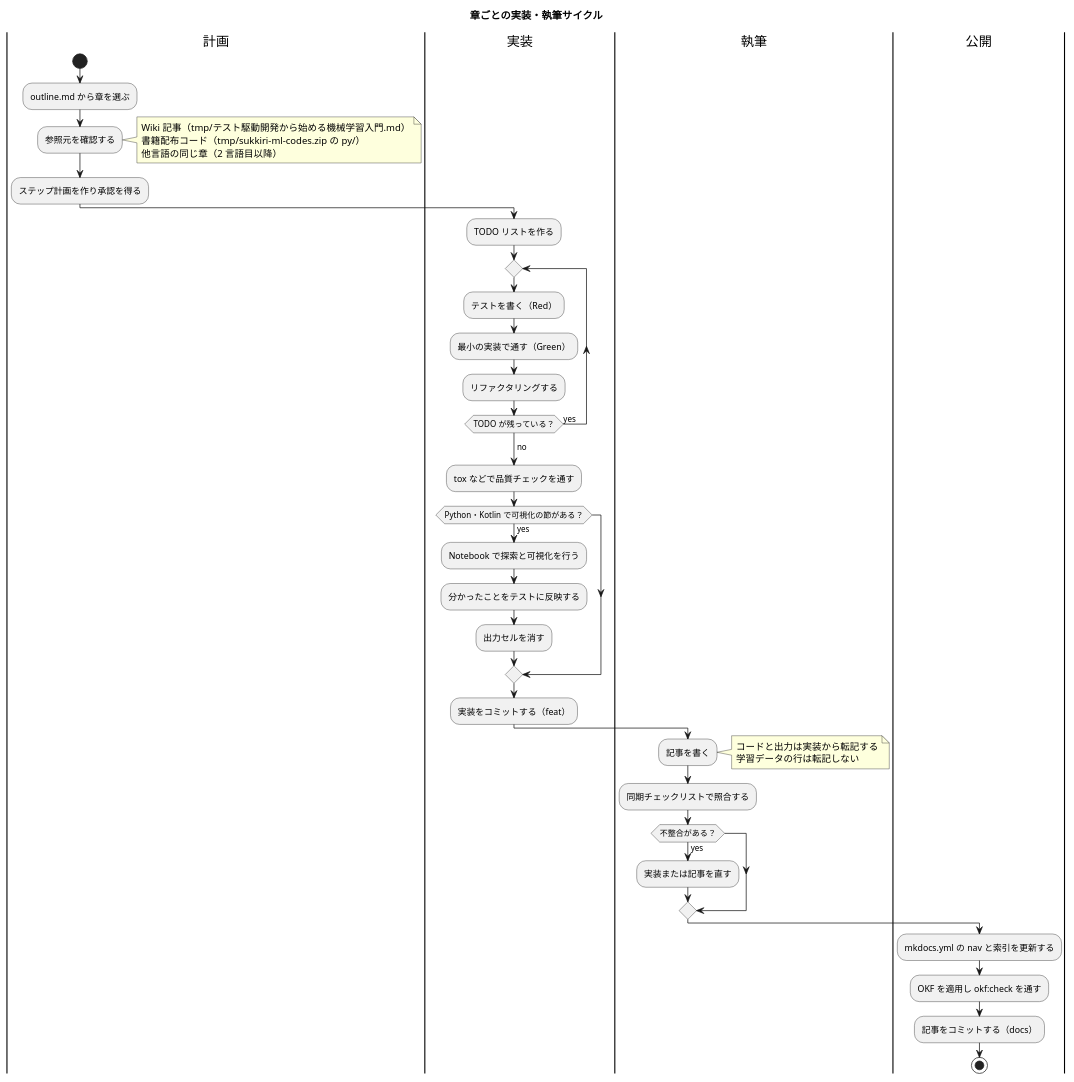
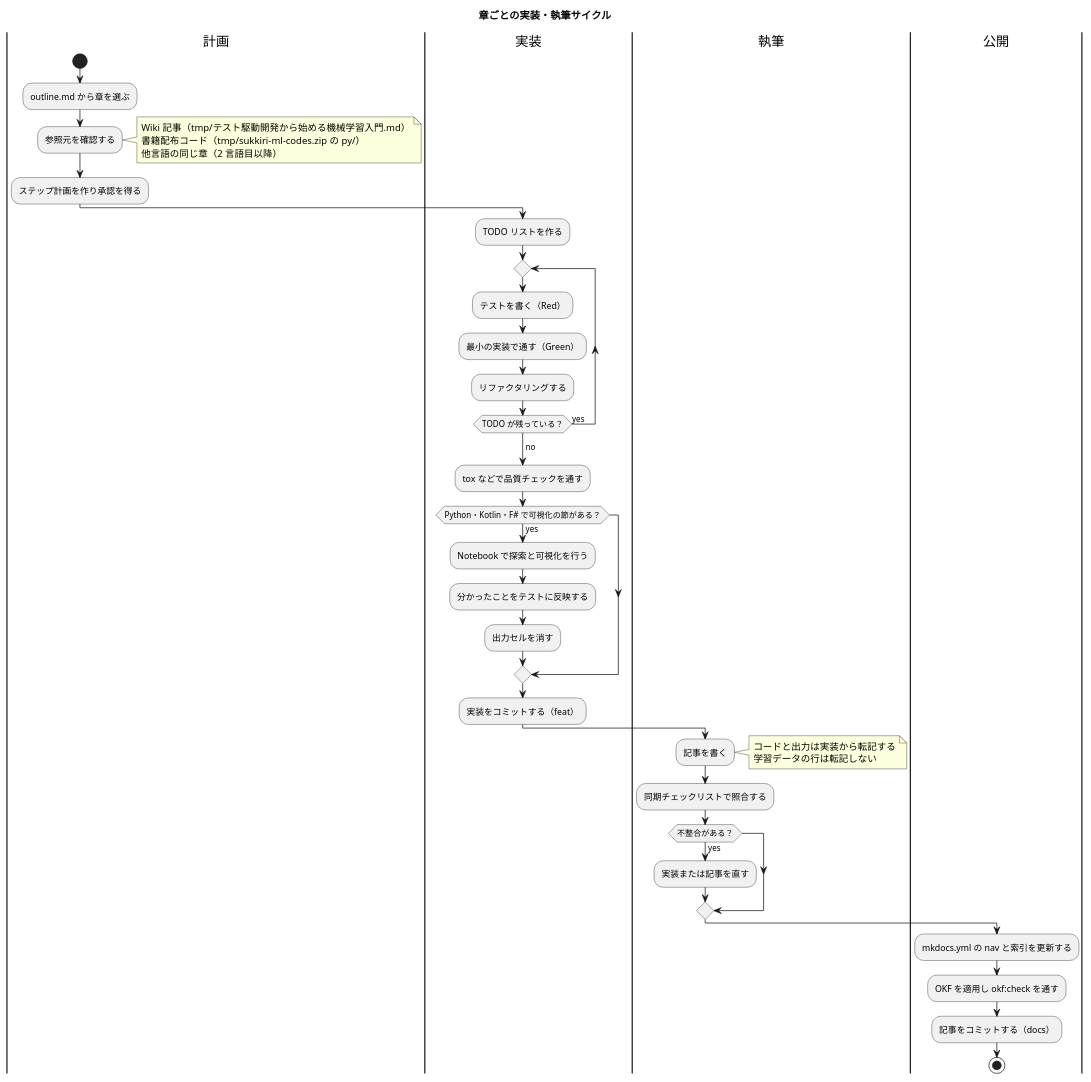
The diagram in docs/article/getting-start-ml/workflow.md (k2works/getting-started-machine-learning), drawn with PlantUML before and after one commit. The commit also changed other lines of this file and 3 other files, not shown here.

````diff
--- a/docs/article/getting-start-ml/workflow.md
+++ b/docs/article/getting-start-ml/workflow.md
@@ -18,49 +18,49 @@
 ```plantuml
 @startuml
 title 章ごとの実装・執筆サイクル
 
 |計画|
 start
 :outline.md から章を選ぶ;
 :参照元を確認する;
 note right
   Wiki 記事（tmp/テスト駆動開発から始める機械学習入門.md）
   書籍配布コード（tmp/sukkiri-ml-codes.zip の py/）
   他言語の同じ章（2 言語目以降）
 end note
 :ステップ計画を作り承認を得る;
 
 |実装|
 :TODO リストを作る;
 repeat
   :テストを書く（Red）;
   :最小の実装で通す（Green）;
   :リファクタリングする;
 repeat while (TODO が残っている？) is (yes)
 ->no;
 :tox などで品質チェックを通す;
-if (Python・Kotlin で可視化の節がある？) then (yes)
+if (Python・Kotlin・F# で可視化の節がある？) then (yes)
   :Notebook で探索と可視化を行う;
   :分かったことをテストに反映する;
   :出力セルを消す;
 endif
 :実装をコミットする（feat）;
 
 |執筆|
 :記事を書く;
 note right
   コードと出力は実装から転記する
   学習データの行は転記しない
 end note
 :同期チェックリストで照合する;
 if (不整合がある？) then (yes)
   :実装または記事を直す;
 endif
 
 |公開|
 :mkdocs.yml の nav と索引を更新する;
 :OKF を適用し okf:check を通す;
 :記事をコミットする（docs）;
 stop
 @enduml
 ```
````
